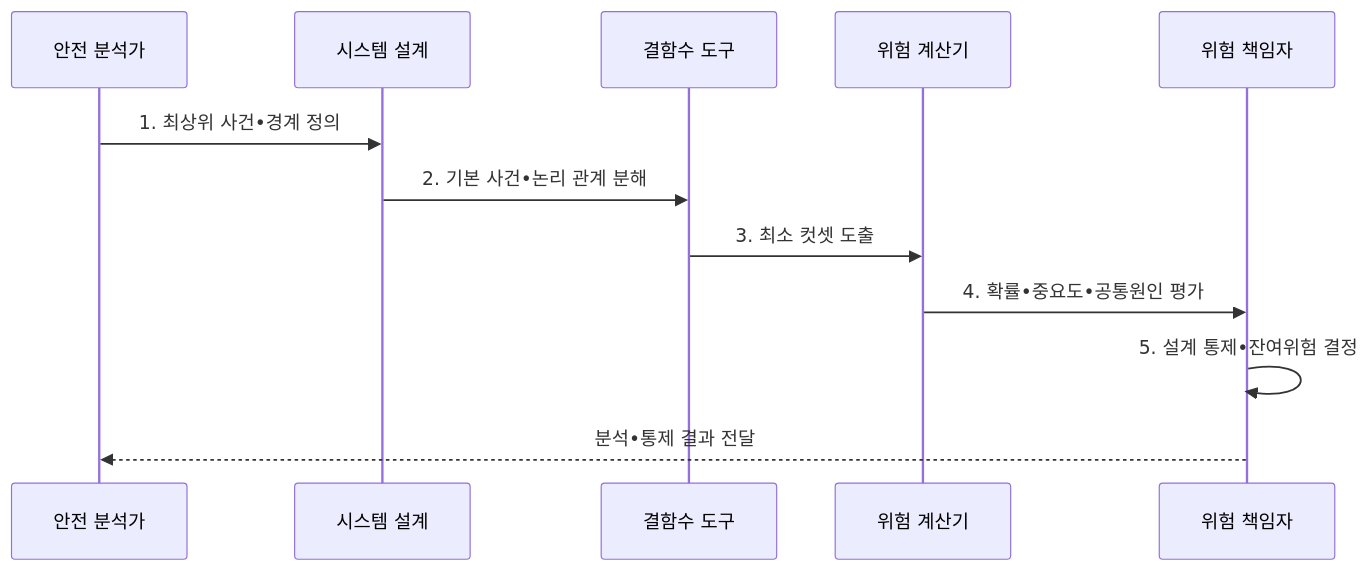
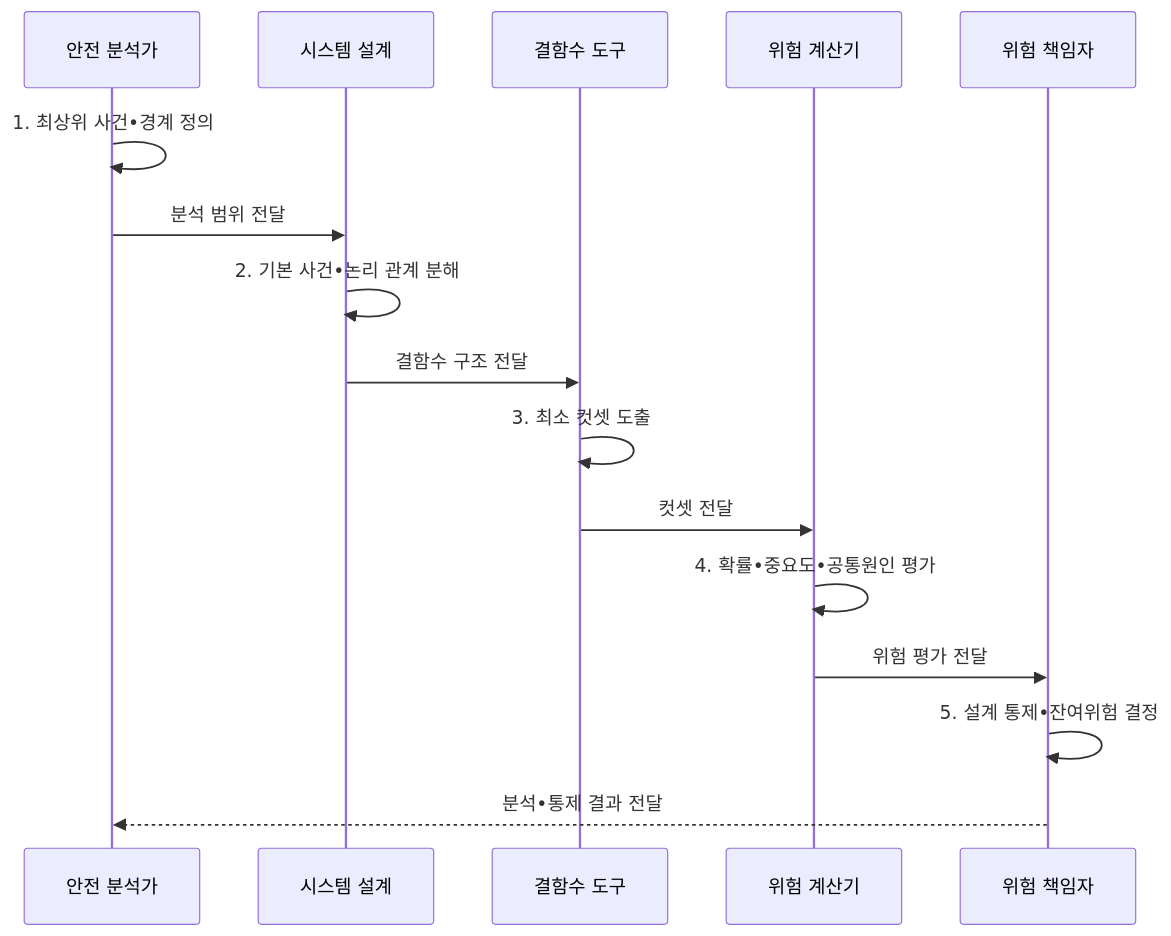
One commit to agnusdei1207/knowledge-base changed the second of 2 diagrams in src/content/docs/notes/06-evaluation/026_fault_tree_analysis.md. Above: the diagram before and after it, drawn with Mermaid. The commit also changed other lines of this file and 20 other files, not shown here.

````diff
--- a/src/content/docs/notes/06-evaluation/026_fault_tree_analysis.md
+++ b/src/content/docs/notes/06-evaluation/026_fault_tree_analysis.md
@@ -102,14 +102,18 @@
 ```mermaid
 sequenceDiagram
   participant A as 안전 분석가
   participant S as 시스템 설계
   participant T as 결함수 도구
   participant Q as 위험 계산기
   participant O as 위험 책임자
-  A->>S: 1. 최상위 사건•경계 정의
-  S->>T: 2. 기본 사건•논리 관계 분해
-  T->>Q: 3. 최소 컷셋 도출
-  Q->>O: 4. 확률•중요도•공통원인 평가
+  A->>A: 1. 최상위 사건•경계 정의
+  A->>S: 분석 범위 전달
+  S->>S: 2. 기본 사건•논리 관계 분해
+  S->>T: 결함수 구조 전달
+  T->>T: 3. 최소 컷셋 도출
+  T->>Q: 컷셋 전달
+  Q->>Q: 4. 확률•중요도•공통원인 평가
+  Q->>O: 위험 평가 전달
   O->>O: 5. 설계 통제•잔여위험 결정
   O-->>A: 분석•통제 결과 전달
 ```
````
